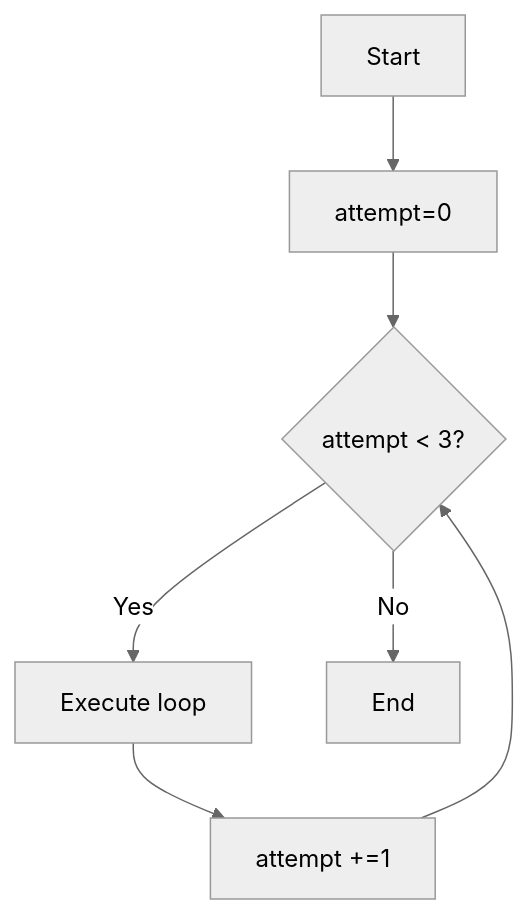
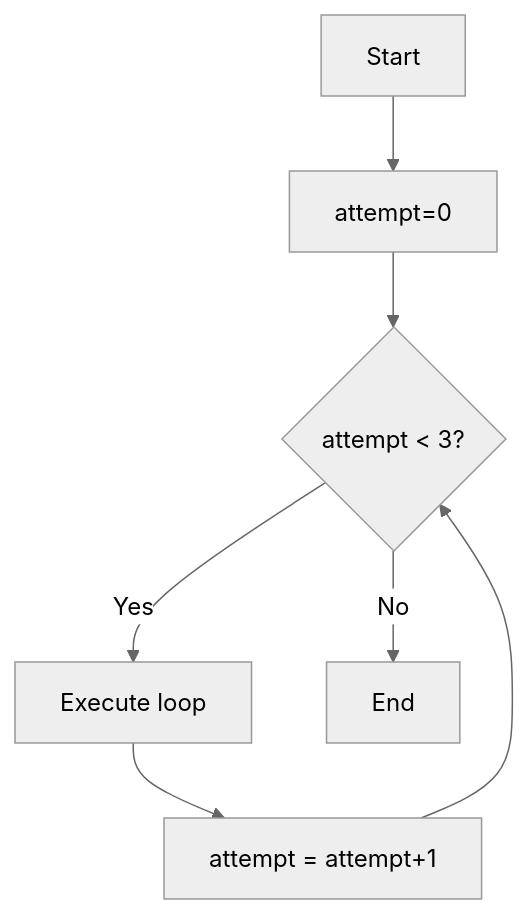
The ninth of 9 diagrams in courses/python_2609/w04_Control_Flow/s01_content.md (jumphone/www), drawn with Mermaid (neutral theme) before and after one commit. The commit also changed other lines of this file, not shown here.

````diff
--- a/courses/python_2609/w04_Control_Flow/s01_content.md
+++ b/courses/python_2609/w04_Control_Flow/s01_content.md
@@ -1350,9 +1349,9 @@
 ```mermaid
 flowchart TD
     S[Start] --> I[attempt=0]
     I --> C{attempt < 3?}
     C -->|Yes| L[Execute loop]
-    L --> U[attempt +=1]
+    L --> U[attempt = attempt+1]
     U --> C
     C -->|No| E[End]
 ```
````
